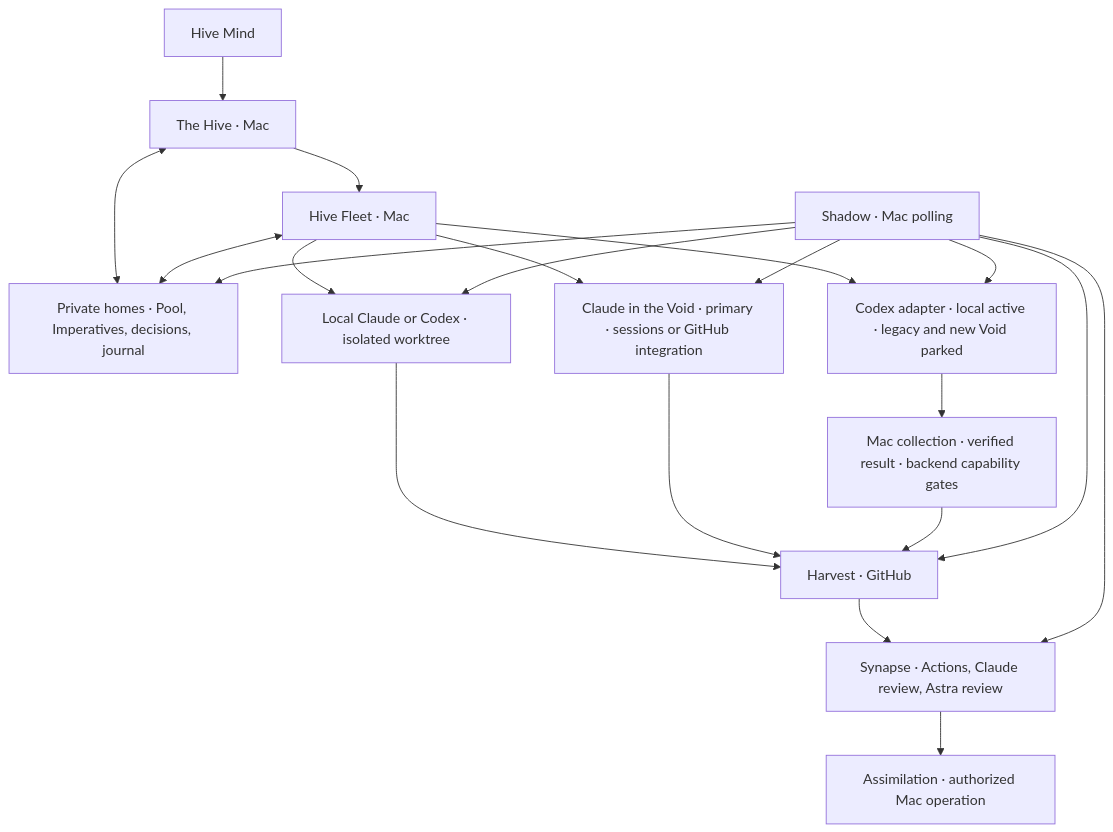
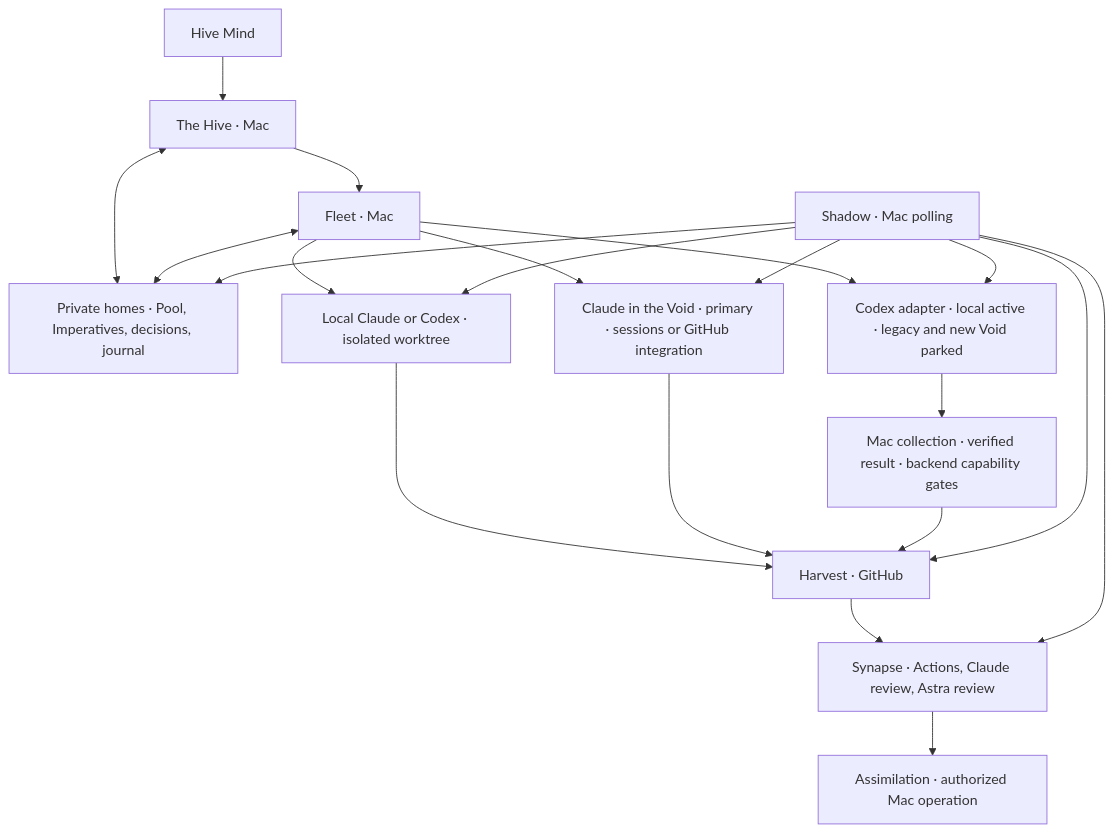
The diagram in docs/design.md (kesk-git/hive), drawn with Mermaid before and after one commit. The commit also changed other lines of this file and 1 other file, not shown here.

Commit message:
docs: define native Hive workflow contracts

````diff
--- a/docs/design.md
+++ b/docs/design.md
@@ -34,22 +36,22 @@
 ```mermaid
 flowchart TD
     Mind[Hive Mind] --> Hive[The Hive · Mac]
-    Hive --> Fleet[Hive Fleet · Mac]
+    Hive --> Fleet[Fleet · Mac]
     Hive <--> Private[Private homes · Pool, Imperatives, decisions, journal]
     Fleet <--> Private
     Fleet --> Local[Local Claude or Codex · isolated worktree]
     Fleet --> Claude[Claude in the Void · primary · sessions or GitHub integration]
     Fleet --> Codex[Codex adapter · local active · legacy and new Void parked]
     Local --> Harvest[Harvest · GitHub]
     Claude --> Harvest
     Codex --> Collection[Mac collection · verified result · backend capability gates]
     Collection --> Harvest
     Harvest --> Synapse[Synapse · Actions, Claude review, Astra review]
     Synapse --> Assimilation[Assimilation · authorized Mac operation]
     Shadow[Shadow · Mac polling] --> Private
     Shadow --> Local
     Shadow --> Claude
     Shadow --> Codex
     Shadow --> Harvest
     Shadow --> Synapse
 ```
````
